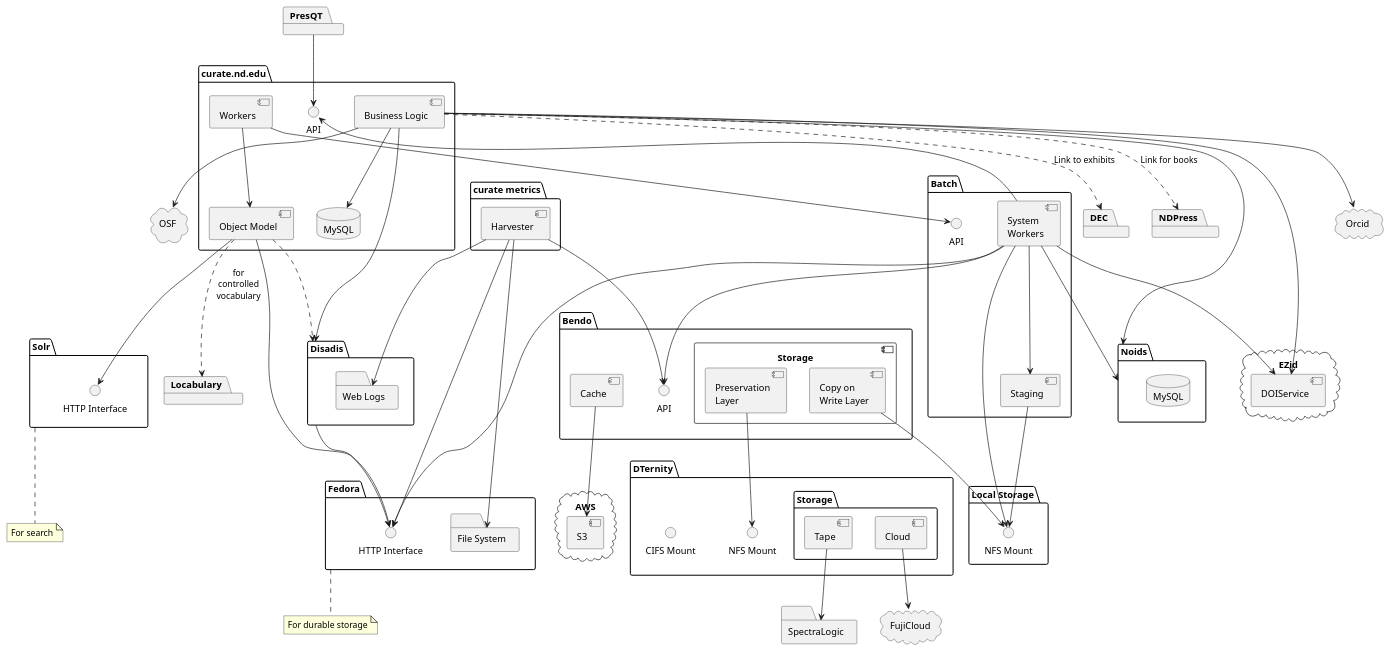
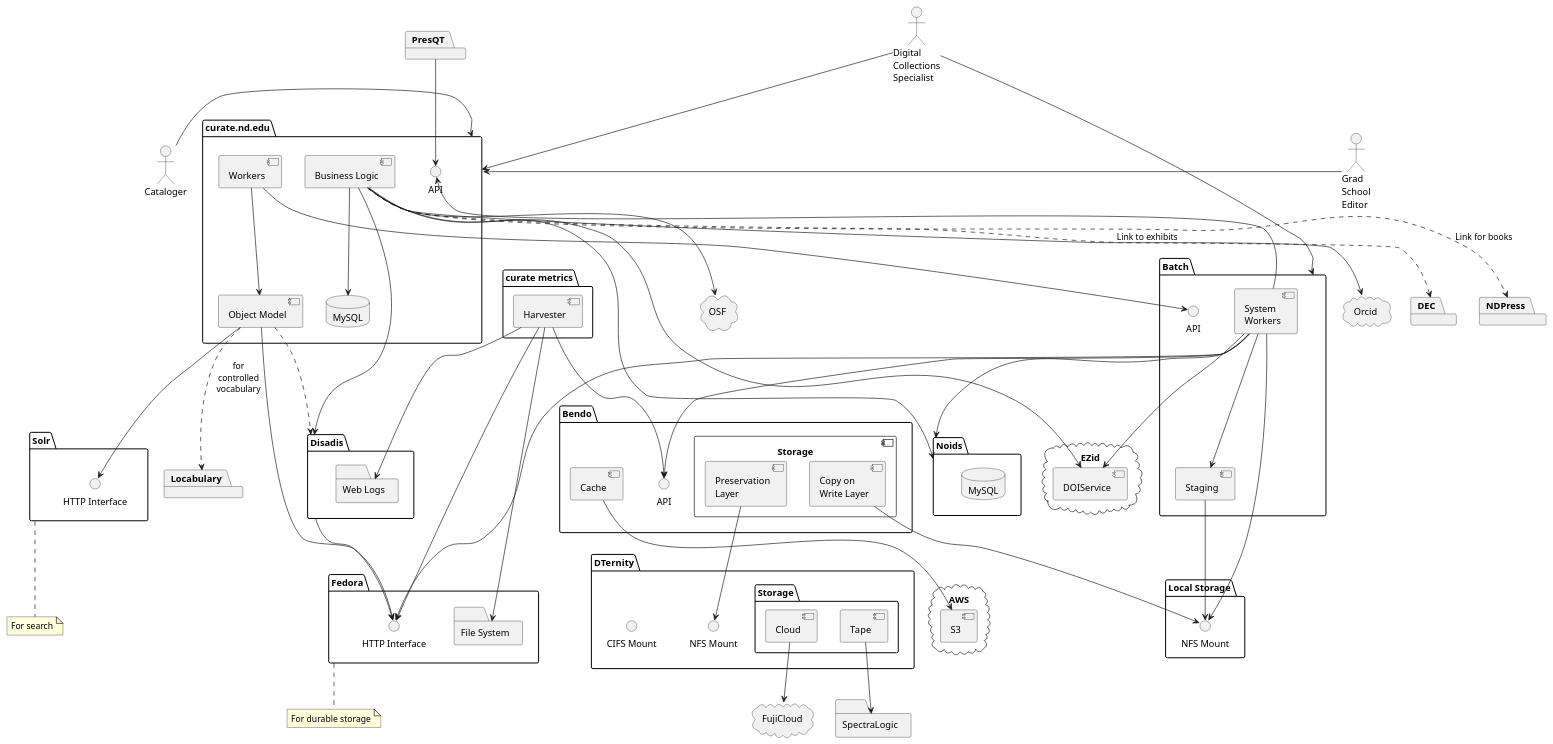
One commit to ndlib/dam-ecosystem-mapping changed the diagram in plantuml/curate_nd.puml. Above: the diagram before and after it, drawn with PlantUML. The commit also changed 8 other files, not shown here.

```diff
--- a/plantuml/curate_nd.puml
+++ b/plantuml/curate_nd.puml
@@ -10,120 +10,130 @@
 @startuml
 
 package "curate.nd.edu" {
   component "Object Model" as CurateOM
   component "Workers" as CurateW
   component "Business Logic" as CurateBL
   database MySQL
   interface "API" as CurateAPI
   CurateW --> CurateOM
   CurateBL --> MySQL
 }
 package Disadis {
   folder "Web Logs" as WebLogs
 }
 
 cloud OSF
 CurateBL --> OSF
 cloud Orcid
 CurateBL --> Orcid
 
 package DEC
 package NDPress
 package Locabulary
 package PresQT
 
 PresQT --> CurateAPI
 
 CurateOM ..> Disadis
 CurateBL ..> DEC : Link to exhibits
 CurateBL ..> NDPress : Link for books
 CurateOM ..> Locabulary : "for\ncontrolled\nvocabulary"
 
 package "Fedora" {
   interface "HTTP Interface" as FedoraHTTP
   folder "File System" as FedoraFS
 }
 note bottom of Fedora
   For durable storage
 end note
 
 package "Solr" {
   interface "HTTP Interface" as SolrHTTP
 }
 note bottom of Solr
   For search
 end note
 
 package "Batch" {
   interface API as BatchAPI
   component "System\nWorkers" as BatchWorkers
   component Staging as BatchStaging
   BatchWorkers --> BatchStaging
 }
 
 package "Bendo" {
   interface API as BendoAPI
   component Cache as BendoC
   component Storage {
     component "Copy on\nWrite Layer" as BendoCOW
     component "Preservation\nLayer" as BendoPL
   }
 }
 
 package "DTernity" {
   interface "NFS Mount" as DTernityNFSM
   interface "CIFS Mount" as DTernityCIFSM
   package "Storage" as DTernityStorage {
     component "Cloud" as DternityCS
     component "Tape" as DternityTS
   }
 }
 
 folder "Local Storage" {
   interface "NFS Mount" as LocalNFSMount
 }
 
 folder "SpectraLogic"
 
 cloud "FujiCloud"
 
 cloud AWS {
   component S3
 }
 
 cloud EZid {
   component DOIService as EZidDoiService
 }
 CurateBL --> EZidDoiService
 BatchWorkers --> EZidDoiService
 
 package Noids {
   database MySQL as MySQLNoids
 }
 CurateBL --> Noids
 BatchWorkers --> Noids
 
 package "curate metrics" {
   component "Harvester"
   Harvester --> WebLogs
   Harvester --> FedoraHTTP
   Harvester --> FedoraFS
   Harvester --> BendoAPI
 }
 
 BendoPL --> DTernityNFSM
 CurateOM --> FedoraHTTP
 CurateOM --> SolrHTTP
 BatchWorkers --> CurateAPI
 BendoCOW --> LocalNFSMount
 DternityTS --> SpectraLogic
 DternityCS --> FujiCloud
 BendoC --> S3
 CurateW --> BatchAPI
 BatchWorkers --> BendoAPI
 BatchWorkers --> FedoraHTTP
 BatchWorkers --> LocalNFSMount
 BatchStaging --> LocalNFSMount
 Disadis --> FedoraHTTP
 CurateBL --> Disadis
+
+actor "Digital\nCollections\nSpecialist" as DCS
+actor Cataloger
+actor "Grad\nSchool\nEditor" as GradSchoolEditor
+
+DCS --> curate.nd.edu
+DCS --> Batch
+Cataloger -> curate.nd.edu
+GradSchoolEditor -> curate.nd.edu
+
 @enduml
```
